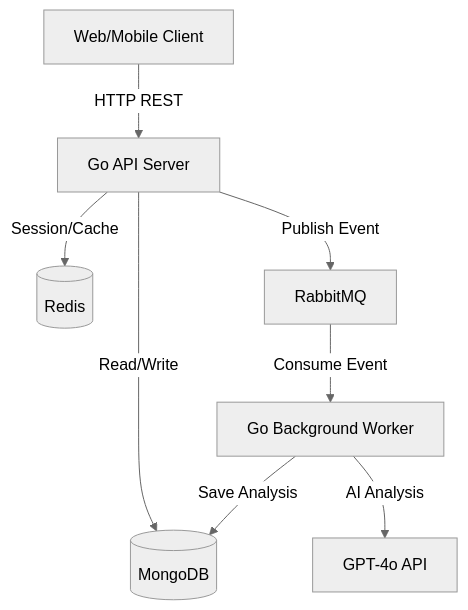
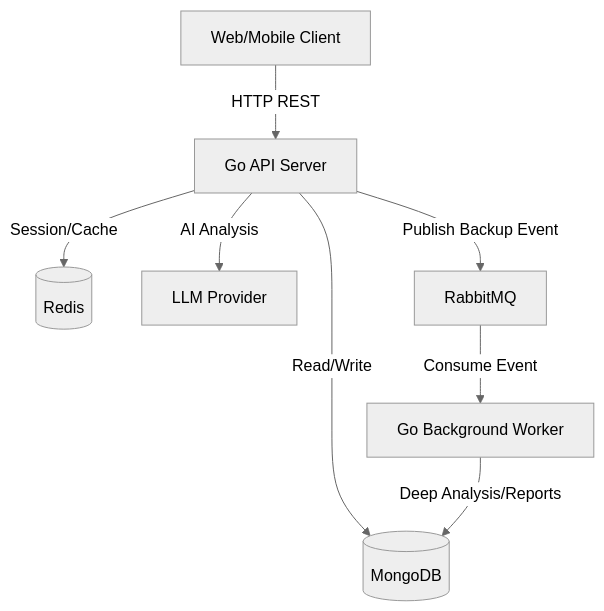
The diagram in backend/docs/submission/1_Detailed_Report.md (hayattofik-01/scrum-ai-), drawn with Mermaid (neutral theme) before and after one commit. The commit also changed other lines of this file and 37 other files, not shown here.

````diff
--- a/backend/docs/submission/1_Detailed_Report.md
+++ b/backend/docs/submission/1_Detailed_Report.md
@@ -23,10 +24,10 @@
 ```mermaid
 graph TD
     Client[Web/Mobile Client] -- HTTP REST --> API[Go API Server]
     API -- Read/Write --> Mongo[(MongoDB)]
     API -- Session/Cache --> Redis[(Redis)]
-    API -- Publish Event --> Rabbit[RabbitMQ]
+    API -- AI Analysis --> LLM[LLM Provider]
+    API -- Publish Backup Event --> Rabbit[RabbitMQ]
     Rabbit -- Consume Event --> Worker[Go Background Worker]
-    Worker -- AI Analysis --> OpenAI[GPT-4o API]
-    Worker -- Save Analysis --> Mongo
+    Worker -- Deep Analysis/Reports --> Mongo
 ```
````
